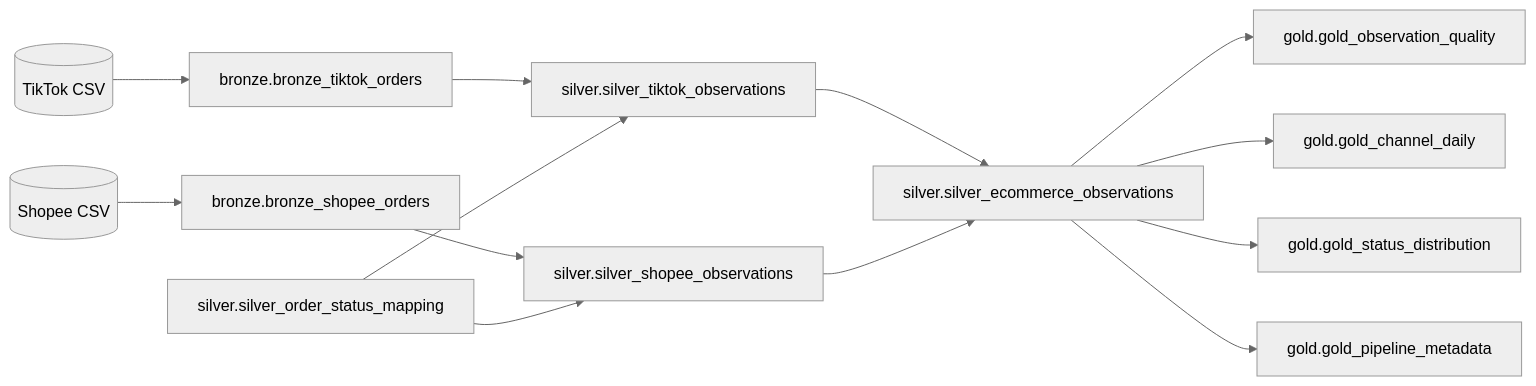
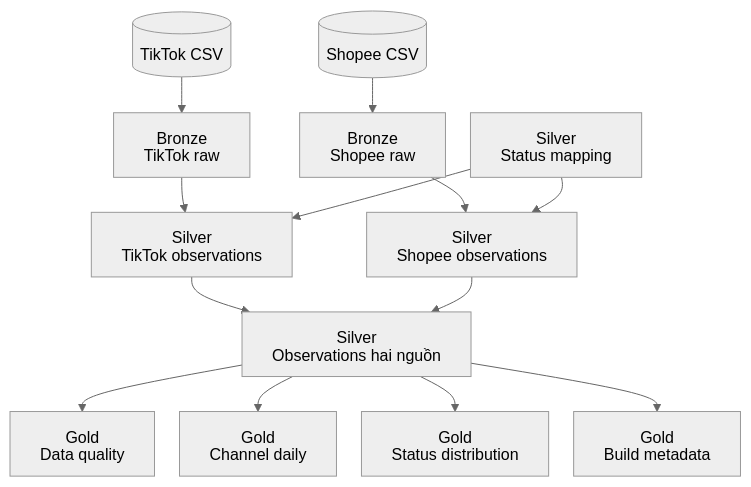
The diagram in dbt_transforms/models/README.md (PhucTruong11/TikTok_orders_pipeline), drawn with Mermaid (neutral theme) before and after one commit. The commit also changed other lines of this file and 2 other files, not shown here.

Commit message:
docs: fix clipped Mermaid labels and simplify pipeline diagrams

````diff
--- a/dbt_transforms/models/README.md
+++ b/dbt_transforms/models/README.md
@@ -7,15 +7,23 @@
 ```mermaid
-flowchart LR
-    T[("TikTok CSV")] --> BT["bronze.bronze_tiktok_orders"]
-    S[("Shopee CSV")] --> BS["bronze.bronze_shopee_orders"]
-    BT --> ST["silver.silver_tiktok_observations"]
-    BS --> SS["silver.silver_shopee_observations"]
-    M["silver.silver_order_status_mapping"] --> ST
+---
+config:
+  htmlLabels: false
+  flowchart:
+    htmlLabels: false
+    nodeSpacing: 25
+    rankSpacing: 35
+---
+flowchart TB
+    T[("TikTok CSV")] --> BT["Bronze<br/>TikTok raw"]
+    S[("Shopee CSV")] --> BS["Bronze<br/>Shopee raw"]
+    BT --> ST["Silver<br/>TikTok observations"]
+    BS --> SS["Silver<br/>Shopee observations"]
+    M["Silver<br/>Status mapping"] --> ST
     M --> SS
-    ST --> U["silver.silver_ecommerce_observations"]
+    ST --> U["Silver<br/>Observations hai nguồn"]
     SS --> U
-    U --> Q["gold.gold_observation_quality"]
-    U --> D["gold.gold_channel_daily"]
-    U --> STATUS["gold.gold_status_distribution"]
-    U --> META["gold.gold_pipeline_metadata"]
+    U --> Q["Gold<br/>Data quality"]
+    U --> D["Gold<br/>Channel daily"]
+    U --> STATUS["Gold<br/>Status distribution"]
+    U --> META["Gold<br/>Build metadata"]
 ```
````
